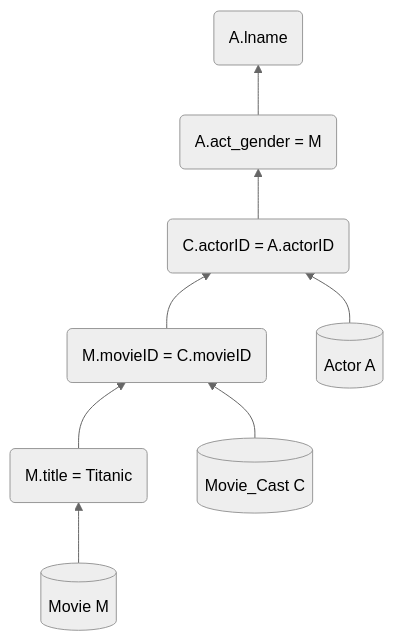
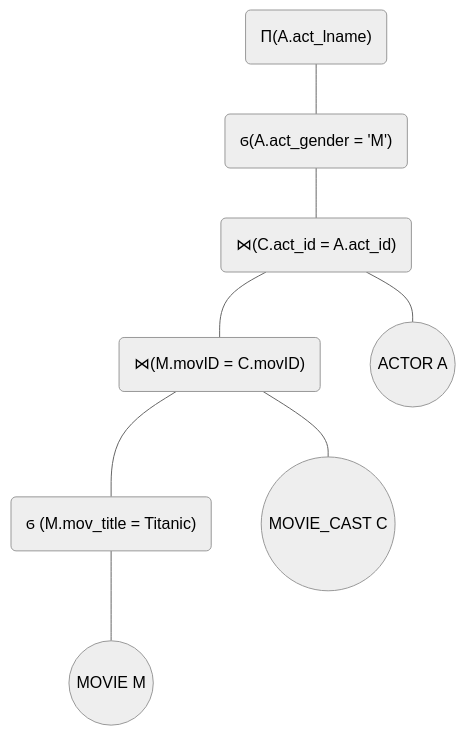
One commit to hectormiguel1/FIU changed the second of 4 diagrams in Fall 2021/COP 4751/HW1/1_PANTHERID.md. Above: the diagram before and after it, drawn with Mermaid (neutral theme). The commit also changed other lines of this file, not shown here.

````diff
--- a/Fall 2021/COP 4751/HW1/1_PANTHERID.md
+++ b/Fall 2021/COP 4751/HW1/1_PANTHERID.md
@@ -94,10 +113,8 @@
 ```mermaid
     graph BT;
-        id1[(Movie M)] --> id2(M.title = Titanic)
-        id2(M.title = Titanic) --> id3(M.movieID =  C.movieID)
-        id4[(Movie_Cast C)]  --> id3(M.movieID =  C.movieID)
-        id3(M.movieID =  C.movieID) --> id5(C.actorID = A.actorID)
-        id6[(Actor A)] --> id5(C.actorID = A.actorID)
-        id5(C.actorID = A.actorID) --> id7(A.act_gender = M)
-        id7(A.act_gender = M) --> id8(A.lname)
+        id((MOVIE M)) --- id2("ϭ (M.mov_title = Titanic)")
+        id2("ϭ (M.mov_title = Titanic)") --- id5("⋈(M.movID = C.movID)")
+        id3((MOVIE_CAST C)) --- id5("⋈(M.movID = C.movID)")
+        id5("⋈(M.movID = C.movID)") --- id6("⋈(C.act_id = A.act_id)")
+        id4((ACTOR A)) --- id6("⋈(C.act_id = A.act_id)") --- id7("ϭ(A.act_gender = 'M')") --- id8("Π(A.act_lname)")
 ```
````
